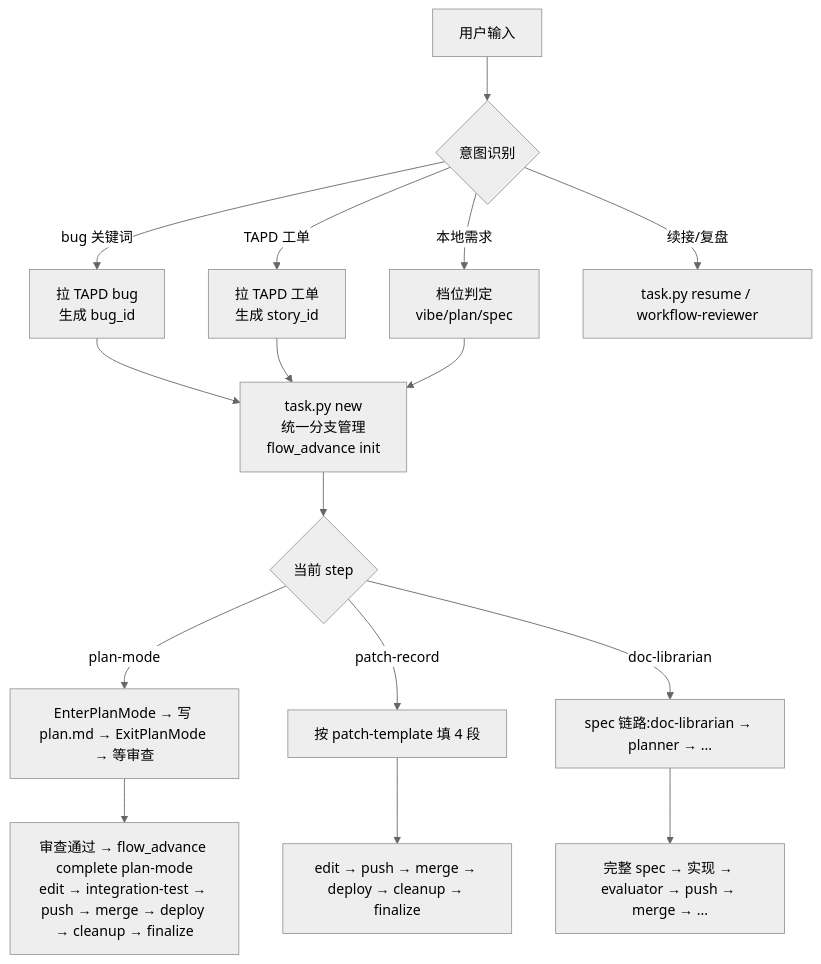
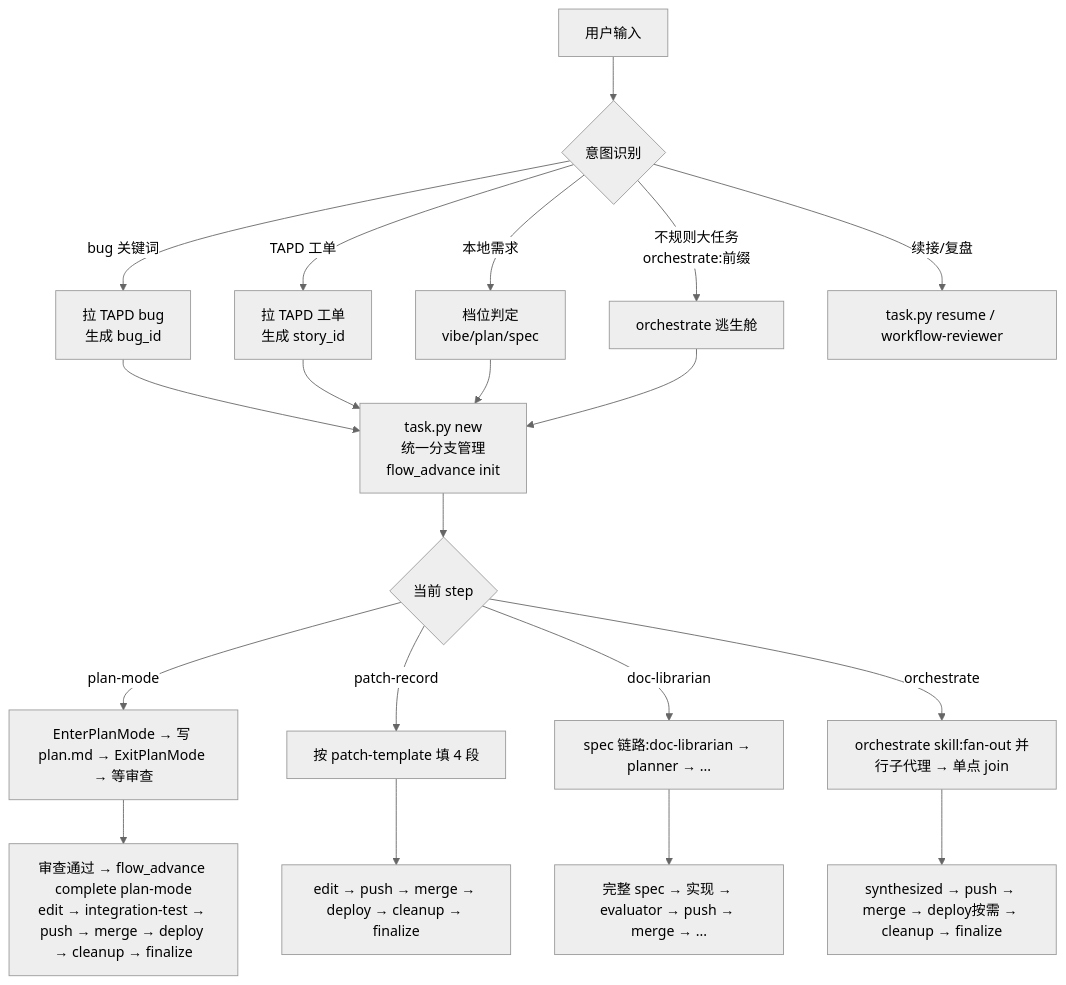
Before and after one commit to dd-xiaozhi/dev-agent-flow: the diagram in .claude/commands/start-dev-flow.md, drawn with Mermaid (neutral theme). The commit also changed other lines of this file and 11 other files, not shown here.

First line of the commit message:
feat(workflow): 对齐动态工作流——新增 fan-out 编排协议 + orchestrate 逃生舱

````diff
--- a/.claude/commands/start-dev-flow.md
+++ b/.claude/commands/start-dev-flow.md
@@ -49,18 +50,22 @@
 ```mermaid
 flowchart TD
     A[用户输入] --> B{意图识别}
     B -->|bug 关键词| C1[拉 TAPD bug<br/>生成 bug_id]
     B -->|TAPD 工单| C2[拉 TAPD 工单<br/>生成 story_id]
     B -->|本地需求| C3[档位判定<br/>vibe/plan/spec]
+    B -->|不规则大任务<br/>orchestrate:前缀| C4[orchestrate 逃生舱]
     B -->|续接/复盘| F[task.py resume / workflow-reviewer]
     C1 --> D[task.py new<br/>统一分支管理<br/>flow_advance init]
     C2 --> D
     C3 --> D
+    C4 --> D
     D --> E{当前 step}
     E -->|plan-mode| P[EnterPlanMode → 写 plan.md → ExitPlanMode → 等审查]
     E -->|patch-record| V[按 patch-template 填 4 段]
     E -->|doc-librarian| S[spec 链路:doc-librarian → planner → ...]
+    E -->|orchestrate| O[orchestrate skill:fan-out 并行子代理 → 单点 join]
     P --> G[审查通过 → flow_advance complete plan-mode<br/>edit → integration-test → push → merge → deploy → cleanup → finalize]
     V --> H[edit → push → merge → deploy → cleanup → finalize]
     S --> I[完整 spec → 实现 → evaluator → push → merge → ...]
+    O --> J[synthesized → push → merge → deploy按需 → cleanup → finalize]
 ```
````
